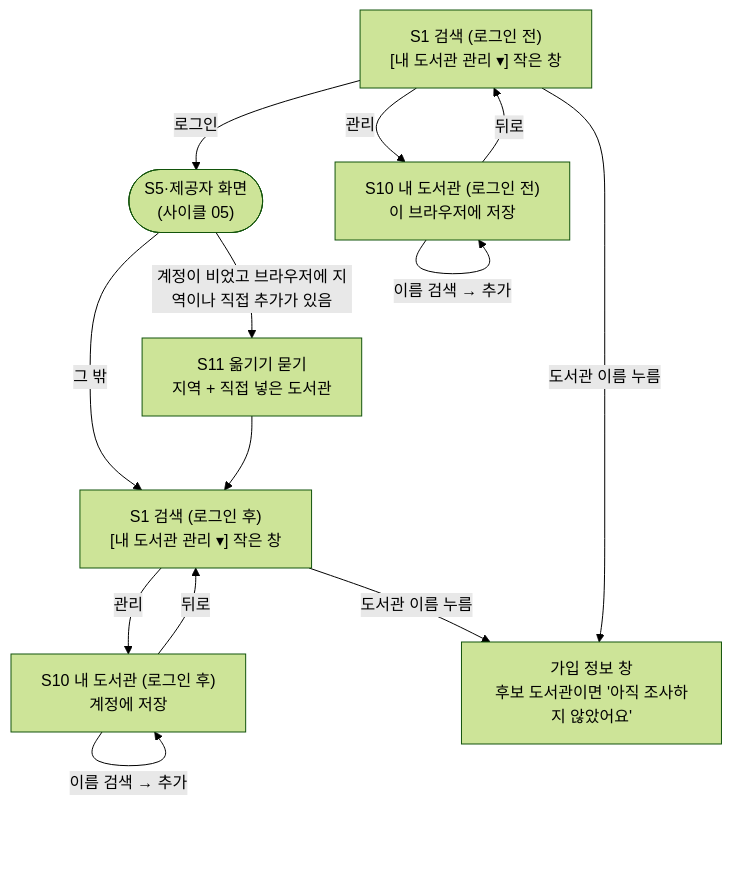
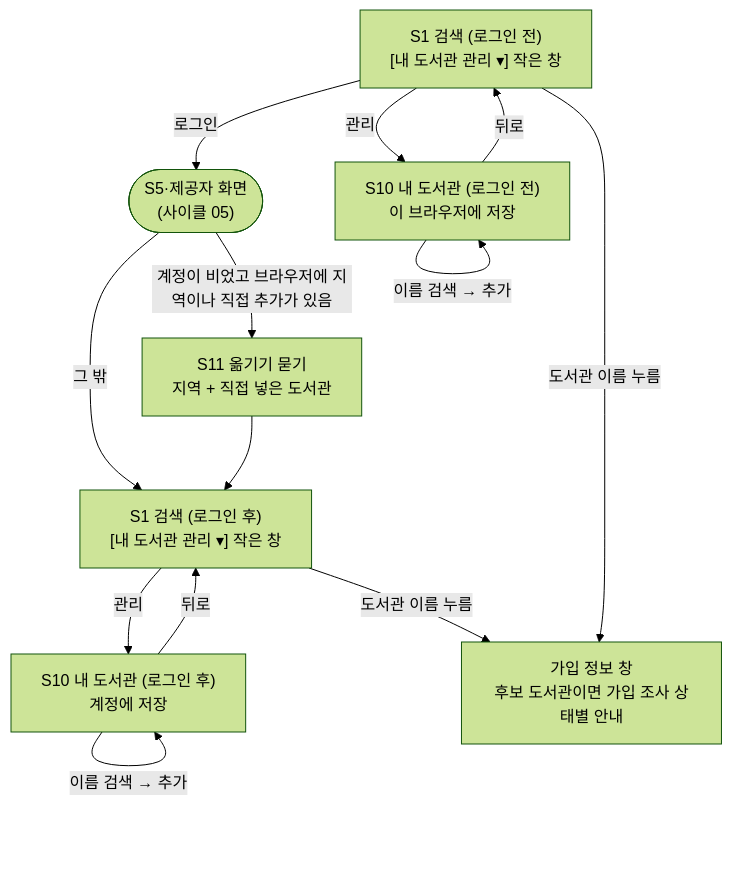
One commit to hodu-sketch/chaekcheck-plan changed the diagram in docs/cycles/07-candidate-libraries/flow.md. Above: the diagram before and after it, drawn with Mermaid (forest theme). The commit also changed other lines of this file and 73 other files, not shown here.

````diff
--- a/docs/cycles/07-candidate-libraries/flow.md
+++ b/docs/cycles/07-candidate-libraries/flow.md
@@ -14,15 +14,15 @@
 ```mermaid
 flowchart TB
   S1out["S1 검색 (로그인 전)<br/>[내 도서관 관리 ▾] 작은 창"] -->|관리| S10out["S10 내 도서관 (로그인 전)<br/>이 브라우저에 저장"]
   S10out -->|뒤로| S1out
   S1out -->|로그인| LOGIN(["S5·제공자 화면<br/>(사이클 05)"])
   LOGIN -->|계정이 비었고 브라우저에 지역이나 직접 추가가 있음| S11["S11 옮기기 묻기<br/>지역 + 직접 넣은 도서관"]
   LOGIN -->|그 밖| S1in["S1 검색 (로그인 후)<br/>[내 도서관 관리 ▾] 작은 창"]
   S11 --> S1in
   S1in -->|관리| S10in["S10 내 도서관 (로그인 후)<br/>계정에 저장"]
   S10in -->|뒤로| S1in
   S10out -->|이름 검색 → 추가| S10out
   S10in -->|이름 검색 → 추가| S10in
-  S1in -->|도서관 이름 누름| POP["가입 정보 창<br/>후보 도서관이면 '아직 조사하지 않았어요'"]
+  S1in -->|도서관 이름 누름| POP["가입 정보 창<br/>후보 도서관이면 가입 조사 상태별 안내"]
   S1out -->|도서관 이름 누름| POP
 ```
````
